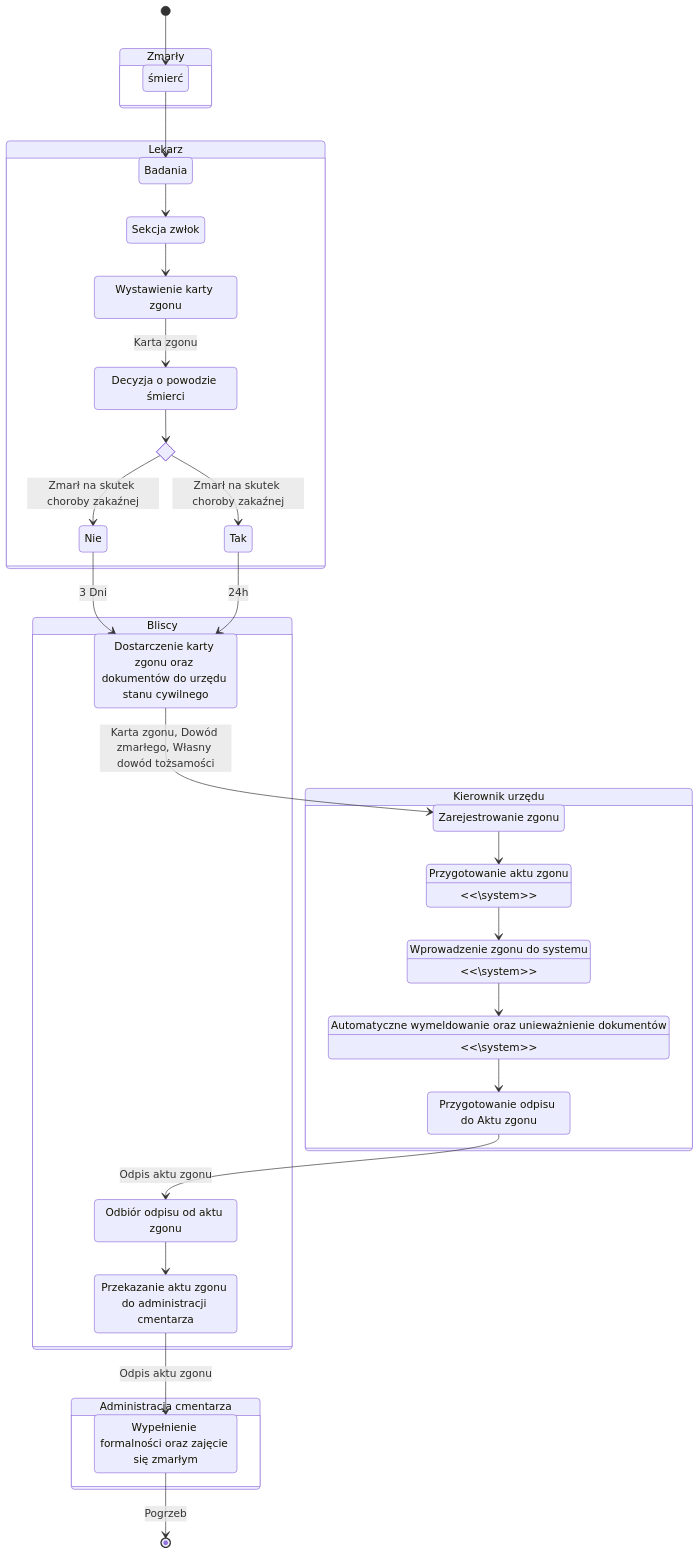
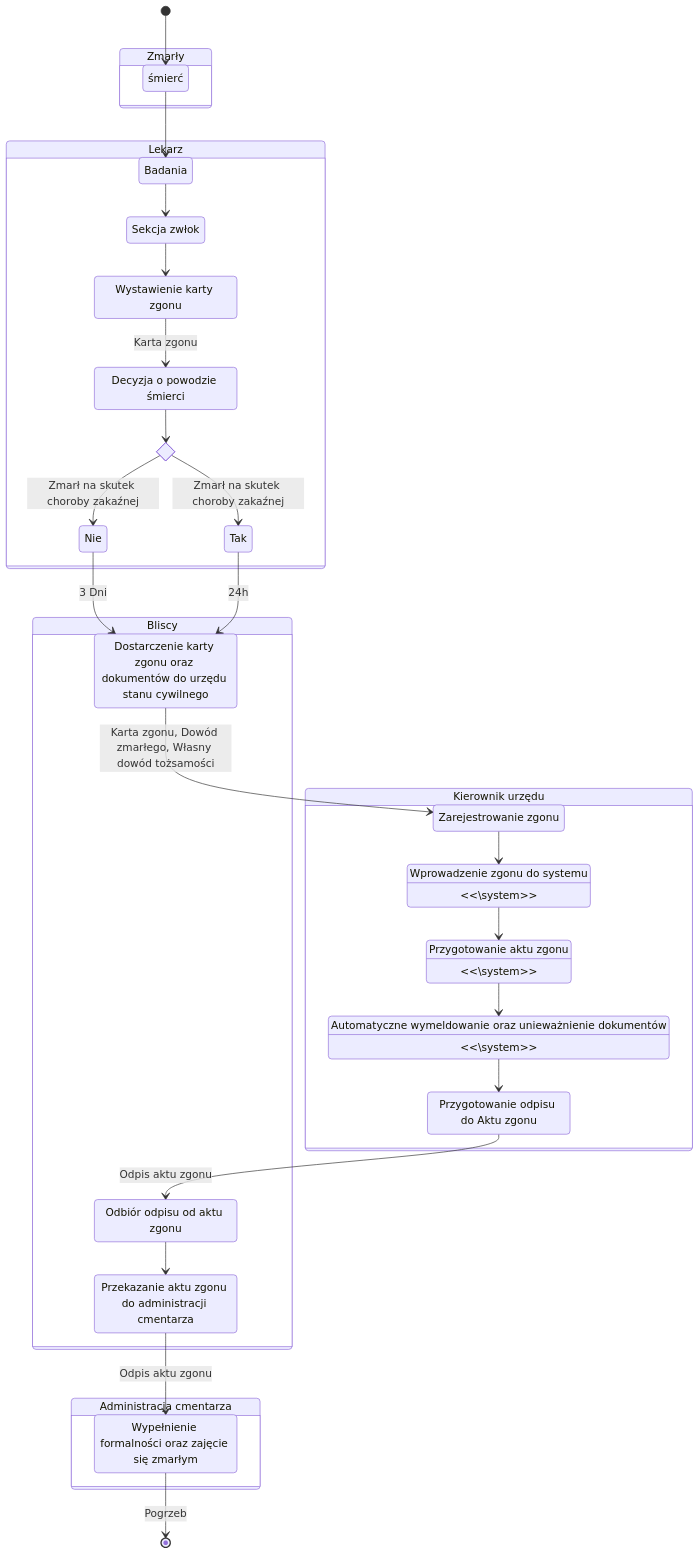
The second of 2 diagrams in README.md (bartlomiejkrawczyk/ZPI-22Z), drawn with Mermaid before and after one commit. The commit also changed other lines of this file, not shown here.

````diff
--- a/README.md
+++ b/README.md
@@ -182,59 +182,59 @@
 ```mermaid
 stateDiagram
     [*] --> s
     state Zmarły {
         direction LR
         state "śmierć" as s
     }
     state Lekarz {
         direction LR
         state "Badania" as b
         state "Sekcja zwłok" as sz
         state "Wystawienie karty zgonu" as kz
         state "Decyzja o powodzie śmierci" as d
         b --> sz
         sz --> kz
         kz --> d: Karta zgonu
 
         state if_state <<choice>>
         d --> if_state
         if_state --> Nie: Zmarł na skutek choroby zakaźnej
         if_state --> Tak: Zmarł na skutek choroby zakaźnej
     }
     state Bliscy {
         state "Dostarczenie karty zgonu oraz dokumentów do urzędu stanu cywilnego" as w
         state "Odbiór odpisu od aktu zgonu" as b2
         state "Przekazanie aktu zgonu do administracji cmentarza" as b3
 
         b2 --> b3
     }
     state "Kierownik urzędu" as kierownik {
         state "Zarejestrowanie zgonu" as k1
-        state "Przygotowanie aktu zgonu" as k2
+        state "Wprowadzenie zgonu do systemu" as k2
         state "<<\system>>" as k2
-        state "Wprowadzenie zgonu do systemu" as k3
+        state "Przygotowanie aktu zgonu" as k3
         state "<<\system>>" as k3
         state "Automatyczne wymeldowanie oraz unieważnienie dokumentów" as k4
         state "<<\system>>" as k4
         state "Przygotowanie odpisu do Aktu zgonu" as k5
 
         k1 --> k2
         k2 --> k3
         k3 --> k4
         k4 --> k5
     }
     state "Administracja cmentarza" as administracja {
         state "Wypełnienie formalności oraz zajęcie się zmarłym" as c1
     }
     s --> b
 
     Nie --> w : 3 Dni
     Tak --> w : 24h
 
     w --> k1: Karta zgonu, Dowód zmarłego, Własny dowód tożsamości
 
     k5 --> b2: Odpis aktu zgonu
     b3 --> c1: Odpis aktu zgonu
 
     c1 --> [*]: Pogrzeb
 ```
````
